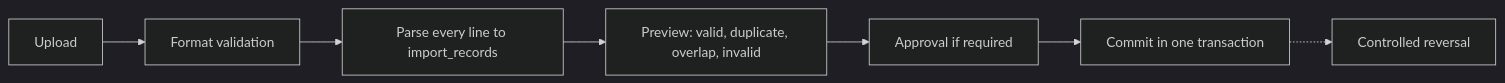
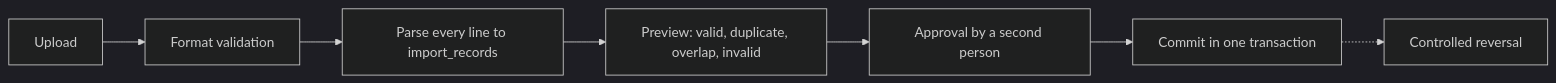
One commit to HasithaErandika/df-ipam changed the diagram in docs/integrations.md. Above: the diagram before and after it, drawn with Mermaid (dark theme). The commit also changed other lines of this file and 16 other files, not shown here.

````diff
--- a/docs/integrations.md
+++ b/docs/integrations.md
@@ -71,9 +71,9 @@
 ```mermaid
 flowchart LR
   U[Upload] --> V[Format validation]
   V --> P[Parse every line to import_records]
   P --> W[Preview: valid, duplicate, overlap, invalid]
-  W --> A[Approval if required]
+  W --> A[Approval by a second person]
   A --> C[Commit in one transaction]
   C -.-> X[Controlled reversal]
 ```
````
